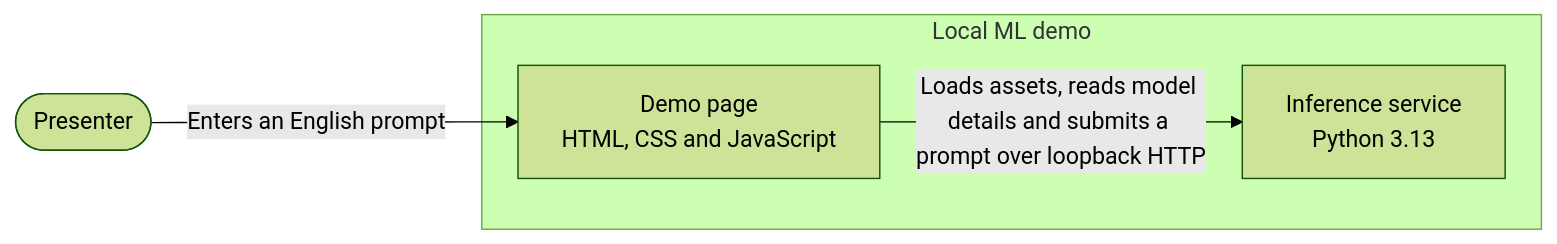
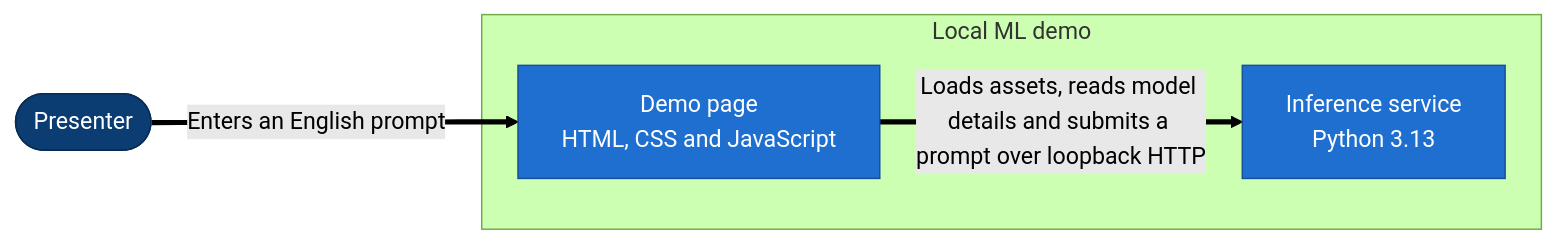
Before and after one commit to Bill2926/COS40005_HN9_Verifiable_Co-Learner_Agent: the first of 2 diagrams in docs/c4/local-ml-demo.md, drawn with Mermaid (forest theme). The commit also changed other lines of this file and 6 other files, not shown here.

Commit message:
Validate model metadata and document the local demo boundary (#273)

````diff
--- a/docs/c4/local-ml-demo.md
+++ b/docs/c4/local-ml-demo.md
@@ -7,10 +7,12 @@
 ```mermaid
 flowchart LR
-  presenter([Presenter])
+  classDef person fill:#0b3d73,stroke:#082b52,color:#ffffff
+  classDef comp fill:#1f6fd0,stroke:#164f96,color:#ffffff
+  presenter([Presenter]):::person
   subgraph demo["Local ML demo"]
-    browser["Demo page<br/>HTML, CSS and JavaScript"]
-    python["Inference service<br/>Python 3.13"]
+    browser["Demo page<br/>HTML, CSS and JavaScript"]:::comp
+    python["Inference service<br/>Python 3.13"]:::comp
   end
-  presenter -->|"Enters an English prompt"| browser
-  browser -->|"Loads assets, reads model details and submits a prompt over loopback HTTP"| python
+  presenter ==>|"Enters an English prompt"| browser
+  browser ==>|"Loads assets, reads model details and submits a prompt over loopback HTTP"| python
 ```
````
